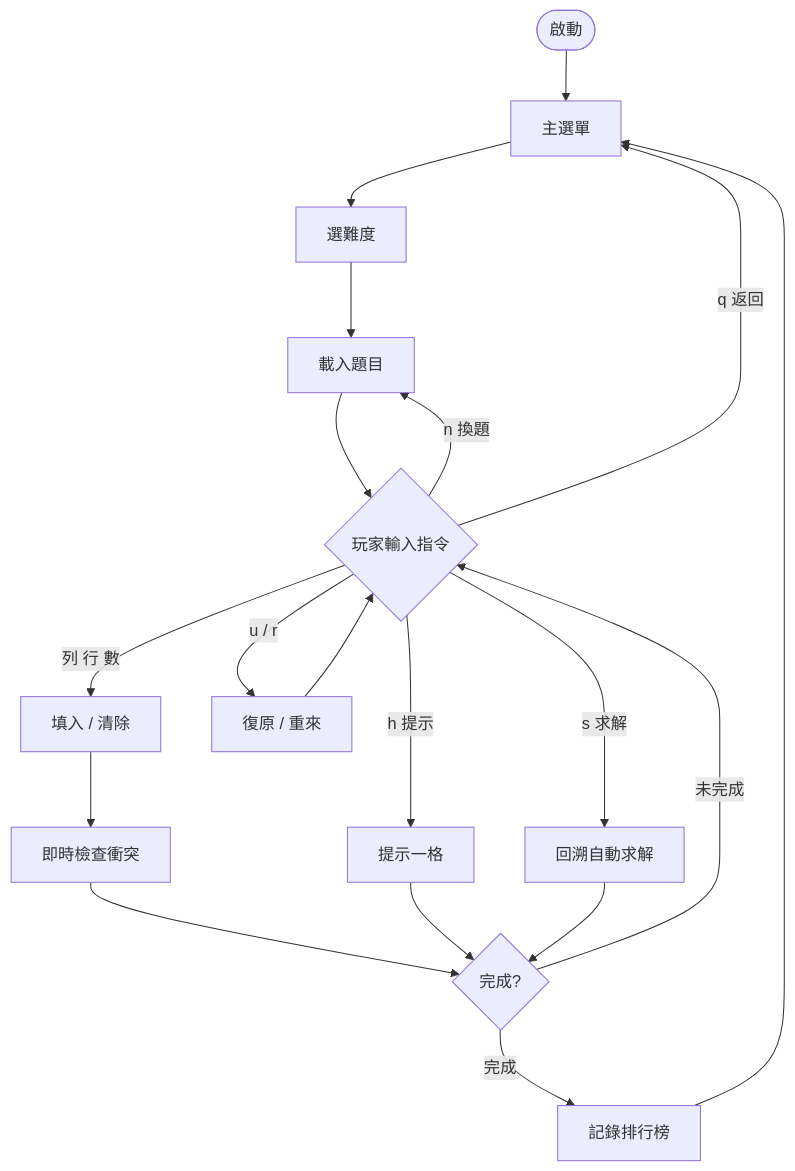
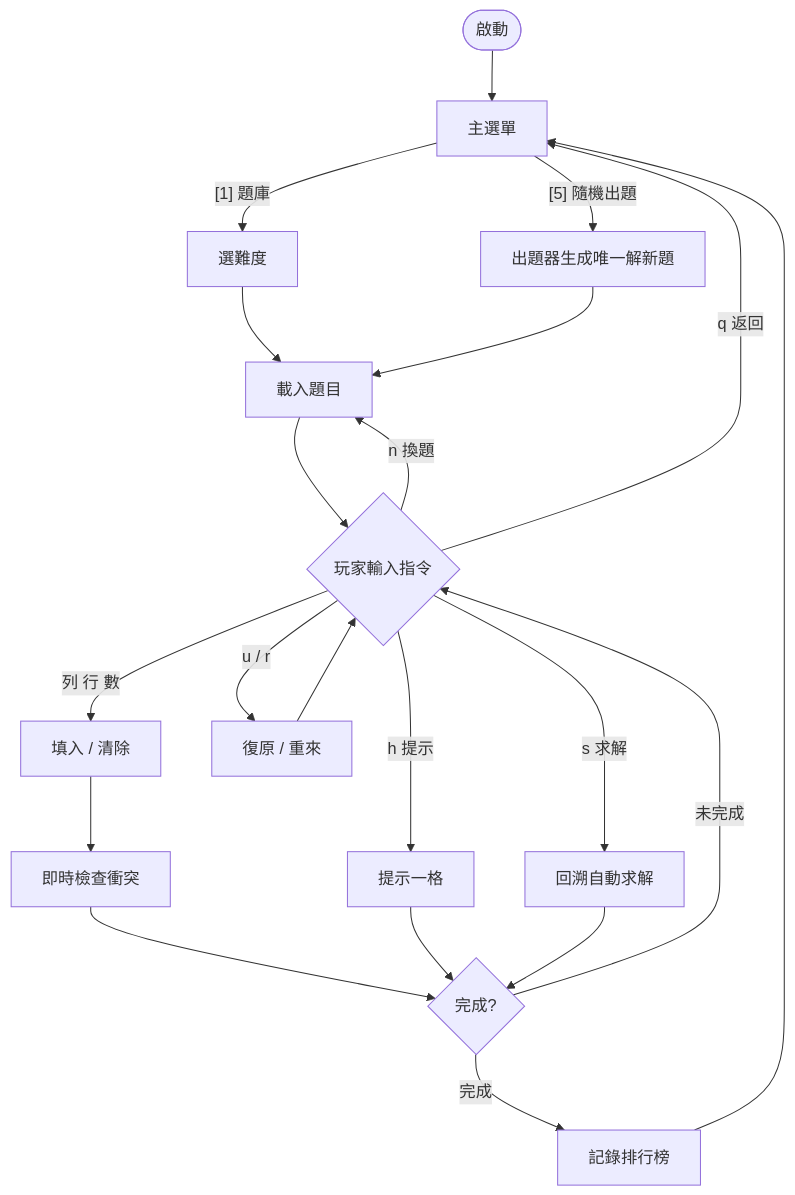
The first of 3 diagrams in README.md (nicktodj-boop/TermSudoku), drawn with Mermaid before and after one commit. The commit also changed other lines of this file, not shown here.

````diff
--- a/README.md
+++ b/README.md
@@ -40,17 +62,19 @@
 ```mermaid
 flowchart TD
     Start([啟動]) --> Menu[主選單]
-    Menu --> Level[選難度]
+    Menu -->|"[1] 題庫"| Level[選難度]
+    Menu -->|"[5] 隨機出題"| Gen[出題器生成唯一解新題]
     Level --> Load[載入題目]
+    Gen --> Load
     Load --> Input{玩家輸入指令}
     Input -->|"列 行 數"| Fill[填入 / 清除]
     Fill --> Check[即時檢查衝突]
     Check --> Done{完成?}
     Input -->|h 提示| Hint[提示一格] --> Done
     Input -->|s 求解| Solve[回溯自動求解] --> Done
     Input -->|"u / r"| Undo[復原 / 重來] --> Input
     Input -->|n 換題| Load
     Input -->|q 返回| Menu
     Done -->|未完成| Input
     Done -->|完成| Record[記錄排行榜] --> Menu
 ```
````
